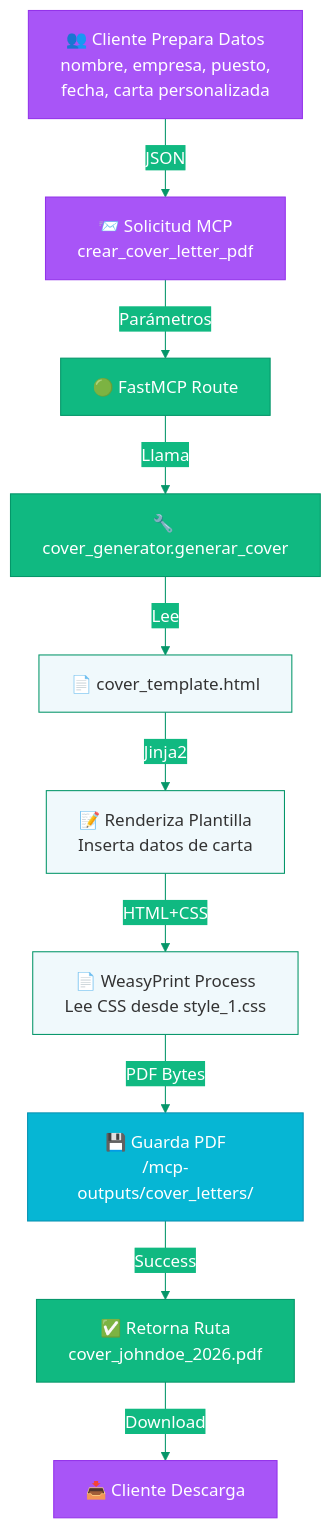
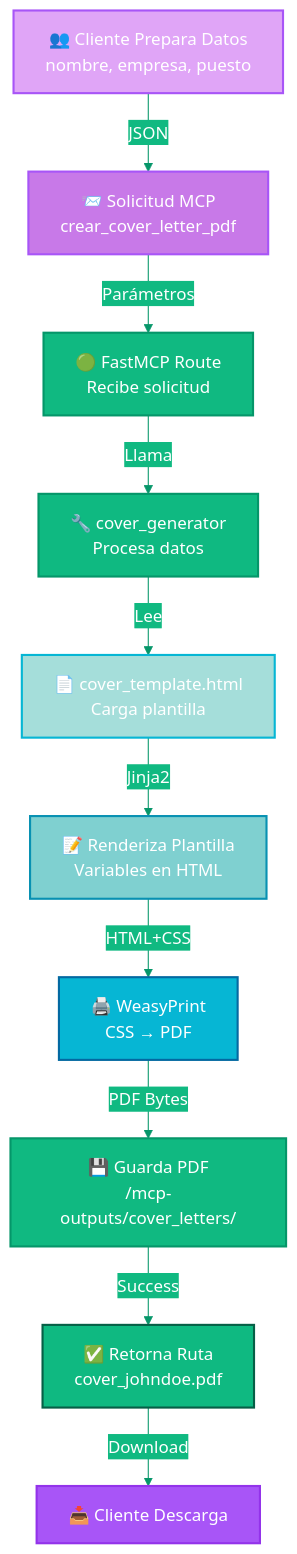
One commit to cjhirashi/cjhirashi-career changed the second of 4 diagrams in docs/DATA_FLOW.md. Above: the diagram before and after it, drawn with Mermaid. The commit also changed other lines of this file and 2 other files, not shown here.

````diff
--- a/docs/DATA_FLOW.md
+++ b/docs/DATA_FLOW.md
@@ -66,35 +68,37 @@
 ```mermaid
 %%{init: {
   'theme': 'base',
   'themeVariables': {
-    'primaryColor': '#06B6D4',
+    'primaryColor': '#A855F7',
     'primaryTextColor': '#ffffff',
-    'primaryBorderColor': '#0891B2',
+    'primaryBorderColor': '#9333EA',
     'secondaryColor': '#10B981',
-    'tertiaryColor': '#A855F7',
+    'secondaryBorderColor': '#059669',
+    'tertiaryColor': '#06B6D4',
+    'tertiaryBorderColor': '#0891B2',
     'lineColor': '#059669'
   }
 }}%%
 
 graph TD
-  A["👥 Cliente Prepara Datos<br/>nombre, empresa, puesto,<br/>fecha, carta personalizada"] -->|"JSON"| B["📨 Solicitud MCP<br/>crear_cover_letter_pdf"]
-  B -->|"Parámetros"| C["🟢 FastMCP Route"]
-  C -->|"Llama"| D["🔧 cover_generator.generar_cover"]
-  D -->|"Lee"| E["📄 cover_template.html"]
-  E -->|"Jinja2"| F["📝 Renderiza Plantilla<br/>Inserta datos de carta"]
-  F -->|"HTML+CSS"| G["📄 WeasyPrint Process<br/>Lee CSS desde style_1.css"]
+  A["👥 Cliente Prepara Datos<br/>nombre, empresa, puesto"] -->|"JSON"| B["📨 Solicitud MCP<br/>crear_cover_letter_pdf"]
+  B -->|"Parámetros"| C["🟢 FastMCP Route<br/>Recibe solicitud"]
+  C -->|"Llama"| D["🔧 cover_generator<br/>Procesa datos"]
+  D -->|"Lee"| E["📄 cover_template.html<br/>Carga plantilla"]
+  E -->|"Jinja2"| F["📝 Renderiza Plantilla<br/>Variables en HTML"]
+  F -->|"HTML+CSS"| G["🖨️ WeasyPrint<br/>CSS → PDF"]
   G -->|"PDF Bytes"| H["💾 Guarda PDF<br/>/mcp-outputs/cover_letters/"]
-  H -->|"Success"| I["✅ Retorna Ruta<br/>cover_johndoe_2026.pdf"]
+  H -->|"Success"| I["✅ Retorna Ruta<br/>cover_johndoe.pdf"]
   I -->|"Download"| J["📥 Cliente Descarga"]
 
-  style A fill:#A855F7,stroke:#9333EA,color:#fff
-  style B fill:#A855F7,stroke:#9333EA,color:#fff
-  style C fill:#10B981,stroke:#059669,color:#fff
-  style D fill:#10B981,stroke:#059669,color:#fff
-  style E fill:#f0f9fc,stroke:#059669,color:#333
-  style F fill:#f0f9fc,stroke:#059669,color:#333
-  style G fill:#f0f9fc,stroke:#059669,color:#333
-  style H fill:#06B6D4,stroke:#0891B2,color:#fff
-  style I fill:#10B981,stroke:#059669,color:#fff
-  style J fill:#A855F7,stroke:#9333EA,color:#fff
+  style A fill:#E0A5F7,stroke:#A855F7,stroke-width:2px,color:#fff
+  style B fill:#C879E8,stroke:#A855F7,stroke-width:2px,color:#fff
+  style C fill:#10B981,stroke:#059669,stroke-width:2px,color:#fff
+  style D fill:#0FB981,stroke:#059669,stroke-width:2px,color:#fff
+  style E fill:#A5DEDA,stroke:#06B6D4,stroke-width:2px,color:#fff
+  style F fill:#7FD0D0,stroke:#0891B2,stroke-width:2px,color:#fff
+  style G fill:#06B6D4,stroke:#0369A1,stroke-width:2px,color:#fff
+  style H fill:#10B981,stroke:#059669,stroke-width:2px,color:#fff
+  style I fill:#0FB981,stroke:#065F46,stroke-width:2px,color:#fff
+  style J fill:#A855F7,stroke:#9333EA,stroke-width:2px,color:#fff
 ```
````
